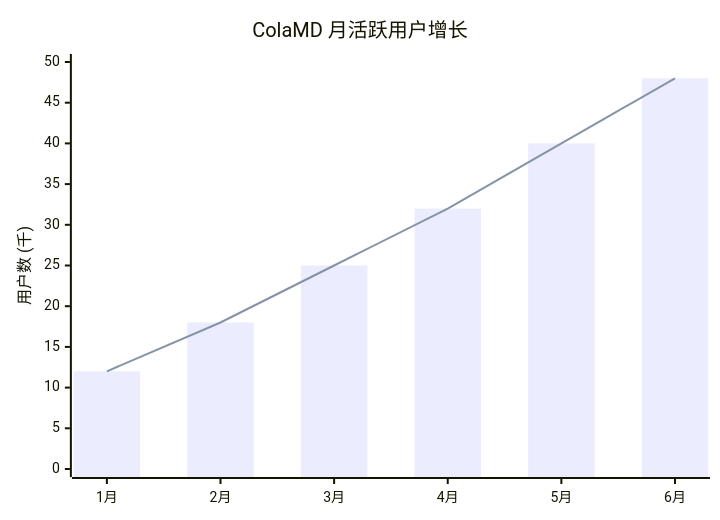
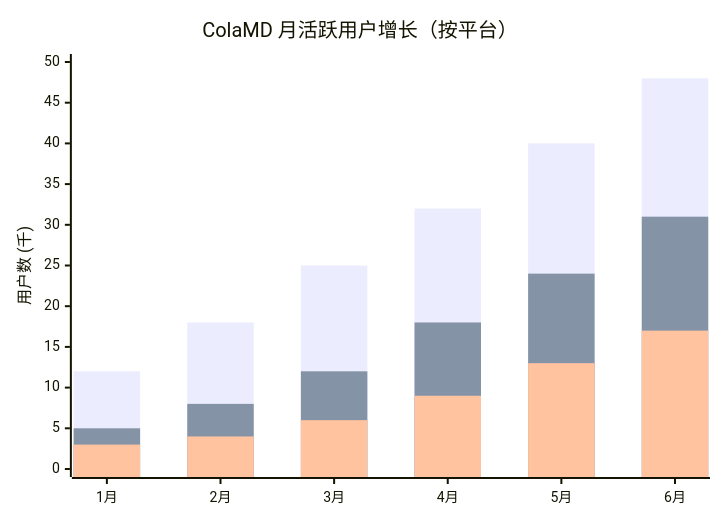
Before and after one commit to byteuser1977/ColaMD-extend: diagram 13 of 18 in docs/demo.md, drawn with Mermaid. The commit also changed other lines of this file, not shown here.

Commit message:
docs: update demo.md with xy chart multi-bar examples and title
add explanation for bar command grouping and update xy chart example to use multiple bar series with platform labels, adjust title to reflect platform breakdown

````diff
--- a/docs/demo.md
+++ b/docs/demo.md
@@ -328,8 +329,9 @@
 ```mermaid
 xychart-beta
-    title "ColaMD 月活跃用户增长"
+    title "ColaMD 月活跃用户增长（按平台）"
     x-axis ["1月", "2月", "3月", "4月", "5月", "6月"]
     y-axis "用户数 (千)" 0 --> 50
-    bar [12, 18, 25, 32, 40, 48]
-    line [12, 18, 25, 32, 40, 48]
+    bar "桌面" [12, 18, 25, 32, 40, 48]
+    bar "移动" [5, 8, 12, 18, 24, 31]
+    bar "Web" [3, 4, 6, 9, 13, 17]
 ```
````
